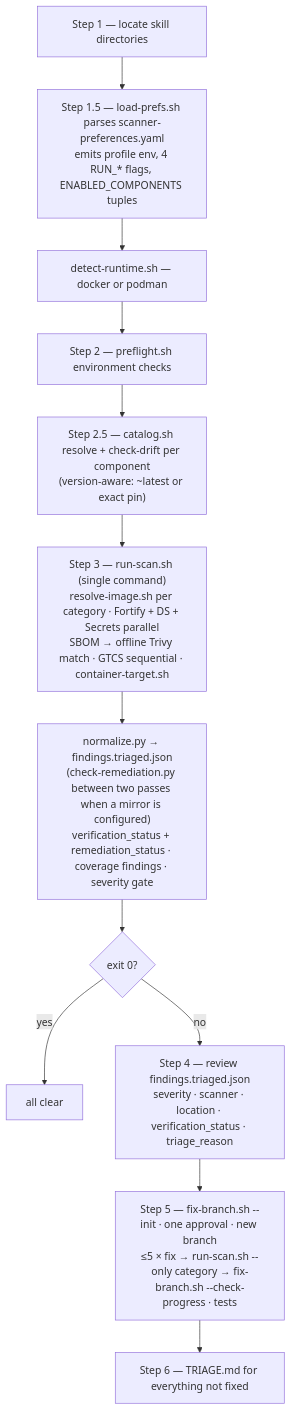
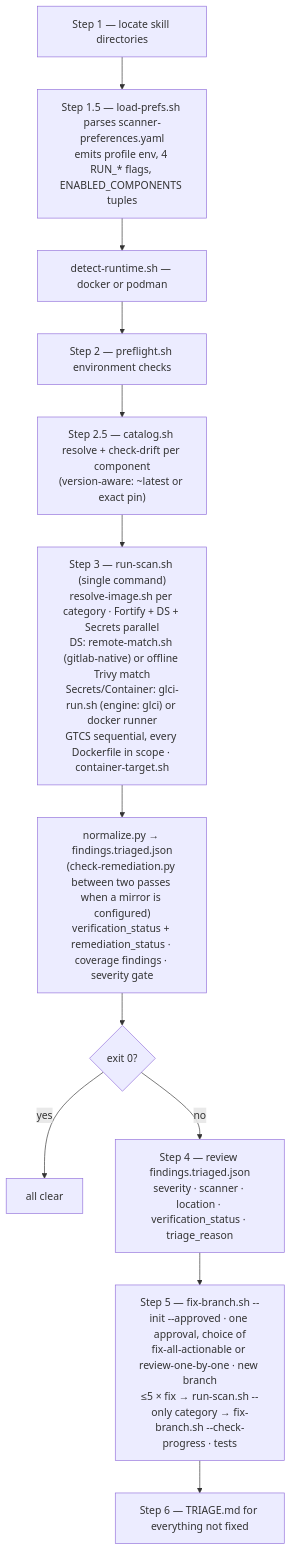
Before and after one commit to xotong/claude-marketplace: the first of 3 diagrams in plugins/appsec/skills/appsec-scan/docs/ARCHITECTURE.md, drawn with Mermaid. The commit also changed other lines of this file and 75 other files, not shown here.

````diff
--- a/plugins/appsec/skills/appsec-scan/docs/ARCHITECTURE.md
+++ b/plugins/appsec/skills/appsec-scan/docs/ARCHITECTURE.md
@@ -55,14 +62,14 @@
 ```mermaid
 flowchart TD
     S1["Step 1 — locate skill directories"] --> S15["Step 1.5 — load-prefs.sh parses scanner-preferences.yaml<br/>emits profile env, 4 RUN_* flags, ENABLED_COMPONENTS tuples"]
     S15 --> RT["detect-runtime.sh — docker or podman"]
     RT --> S2["Step 2 — preflight.sh environment checks"]
     S2 --> S25["Step 2.5 — catalog.sh resolve + check-drift per component<br/>(version-aware: ~latest or exact pin)"]
-    S25 --> S3["Step 3 — run-scan.sh (single command)<br/>resolve-image.sh per category · Fortify + DS + Secrets parallel<br/>SBOM → offline Trivy match · GTCS sequential · container-target.sh"]
+    S25 --> S3["Step 3 — run-scan.sh (single command)<br/>resolve-image.sh per category · Fortify + DS + Secrets parallel<br/>DS: remote-match.sh (gitlab-native) or offline Trivy match<br/>Secrets/Container: glci-run.sh (engine: glci) or docker runner<br/>GTCS sequential, every Dockerfile in scope · container-target.sh"]
     S3 --> NP["normalize.py → findings.triaged.json<br/>(check-remediation.py between two passes when a mirror is configured)<br/>verification_status + remediation_status · coverage findings · severity gate"]
     NP --> Q{"exit 0?"}
     Q -->|"yes"| DONE["all clear"]
     Q -->|"no"| S4["Step 4 — review findings.triaged.json<br/>severity · scanner · location · verification_status · triage_reason"]
-    S4 --> S5["Step 5 — fix-branch.sh --init · one approval · new branch<br/>≤5 × fix → run-scan.sh --only category → fix-branch.sh --check-progress · tests"]
+    S4 --> S5["Step 5 — fix-branch.sh --init --approved · one approval, choice of<br/>fix-all-actionable or review-one-by-one · new branch<br/>≤5 × fix → run-scan.sh --only category → fix-branch.sh --check-progress · tests"]
     S5 --> S6["Step 6 — TRIAGE.md for everything not fixed"]
 ```
````
